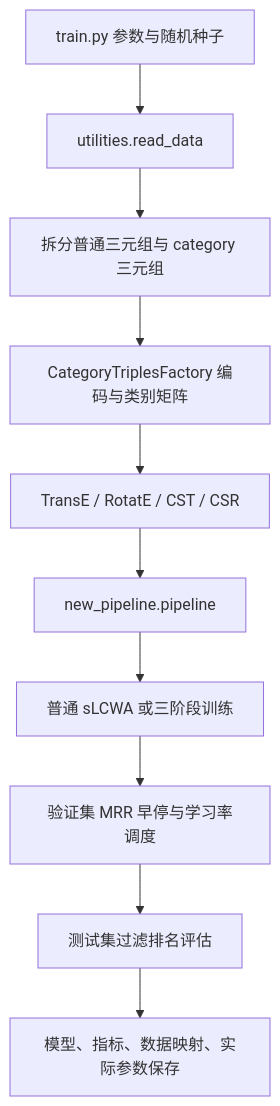
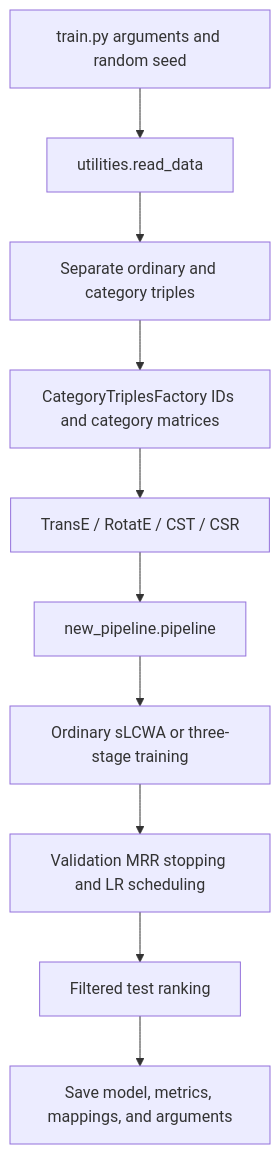
Before and after one commit to Scaredname/cskge: the diagram in docs/code_guide.md, drawn with Mermaid. The commit also changed other lines of this file and 15 other files, not shown here.

````diff
--- a/docs/code_guide.md
+++ b/docs/code_guide.md
@@ -11,12 +11,12 @@
 ```mermaid
 flowchart TD
-    A[train.py 参数与随机种子] --> B[utilities.read_data]
-    B --> C[拆分普通三元组与 category 三元组]
-    C --> D[CategoryTriplesFactory 编码与类别矩阵]
+    A[train.py arguments and random seed] --> B[utilities.read_data]
+    B --> C[Separate ordinary and category triples]
+    C --> D[CategoryTriplesFactory IDs and category matrices]
     D --> E[TransE / RotatE / CST / CSR]
     E --> F[new_pipeline.pipeline]
-    F --> G[普通 sLCWA 或三阶段训练]
-    G --> H[验证集 MRR 早停与学习率调度]
-    H --> I[测试集过滤排名评估]
-    I --> J[模型、指标、数据映射、实际参数保存]
+    F --> G[Ordinary sLCWA or three-stage training]
+    G --> H[Validation MRR stopping and LR scheduling]
+    H --> I[Filtered test ranking]
+    I --> J[Save model, metrics, mappings, and arguments]
 ```
````
